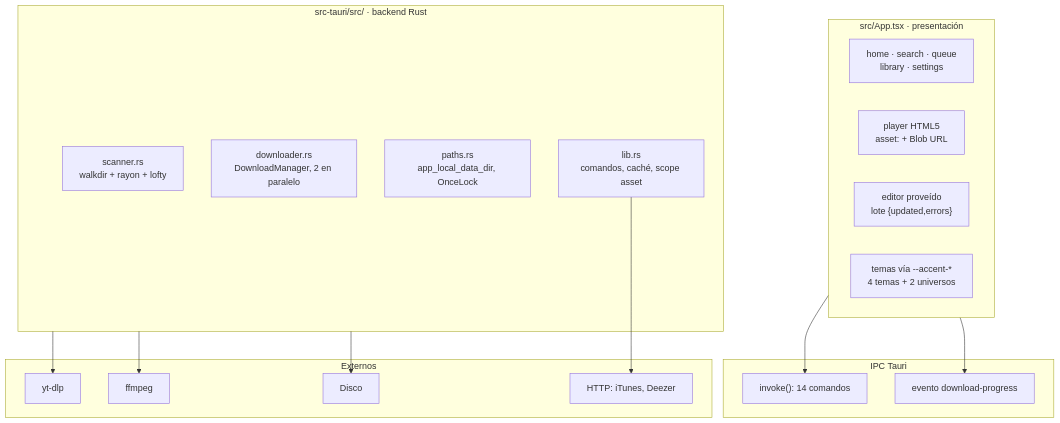
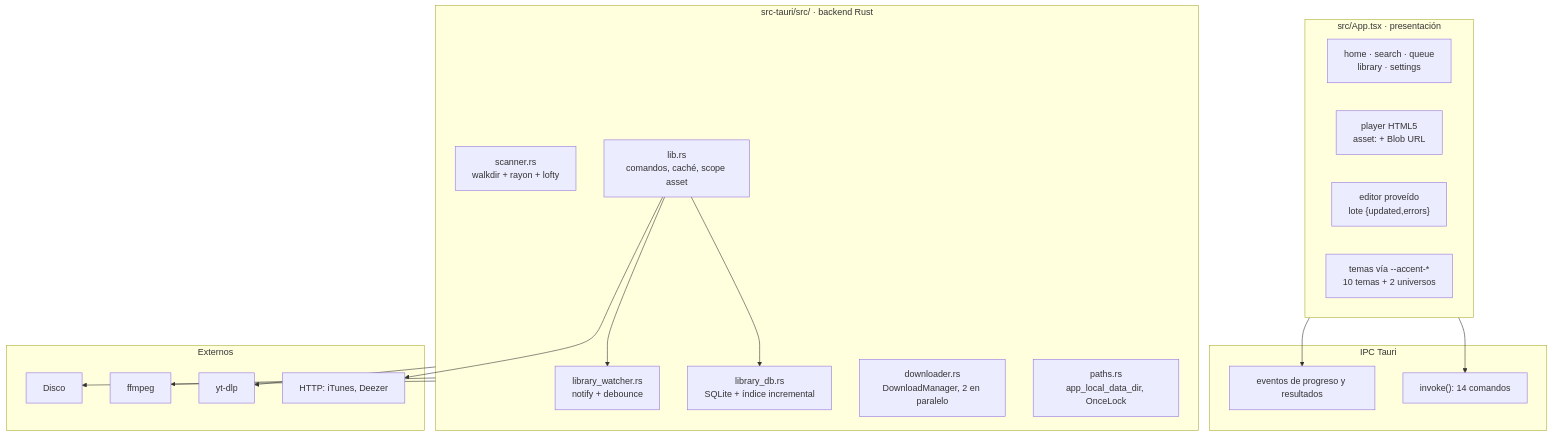
One commit to YordanoCS1/sakura-music changed the second of 6 diagrams in docs/arquitectura.md. Above: the diagram before and after it, drawn with Mermaid. The commit also changed other lines of this file and 38 other files, not shown here.

````diff
--- a/docs/arquitectura.md
+++ b/docs/arquitectura.md
@@ -26,35 +26,39 @@
 ```mermaid
 flowchart TB
     subgraph UI["src/App.tsx · presentación"]
         HOME["home · search · queue<br/>library · settings"]
         PLAYER["player HTML5<br/>asset: + Blob URL"]
         EDITOR["editor proveído<br/>lote {updated,errors}"]
-        THEME["temas vía --accent-*<br/>4 temas + 2 universos"]
+        THEME["temas vía --accent-*<br/>10 temas + 2 universos"]
     end
 
     subgraph IPC["IPC Tauri"]
         CMD["invoke(): 14 comandos"]
-        EVT["evento download-progress"]
+        EVT["eventos de progreso y resultados"]
     end
 
     subgraph CORE["src-tauri/src/ · backend Rust"]
         SCAN["scanner.rs<br/>walkdir + rayon + lofty"]
+        DB["library_db.rs<br/>SQLite + índice incremental"]
+        WATCH["library_watcher.rs<br/>notify + debounce"]
         DL["downloader.rs<br/>DownloadManager, 2 en paralelo"]
         PATH["paths.rs<br/>app_local_data_dir, OnceLock"]
         LIB["lib.rs<br/>comandos, caché, scope asset"]
     end
 
     subgraph EXT["Externos"]
         YTDLP["yt-dlp"]
         FFMPEG["ffmpeg"]
         NET["HTTP: iTunes, Deezer"]
         DISK["Disco"]
     end
 
     UI --> CMD
     UI --> EVT
+    LIB --> DB
+    LIB --> WATCH
     CORE --> YTDLP
     CORE --> FFMPEG
     LIB --> NET
     CORE --> DISK
 ```
````
